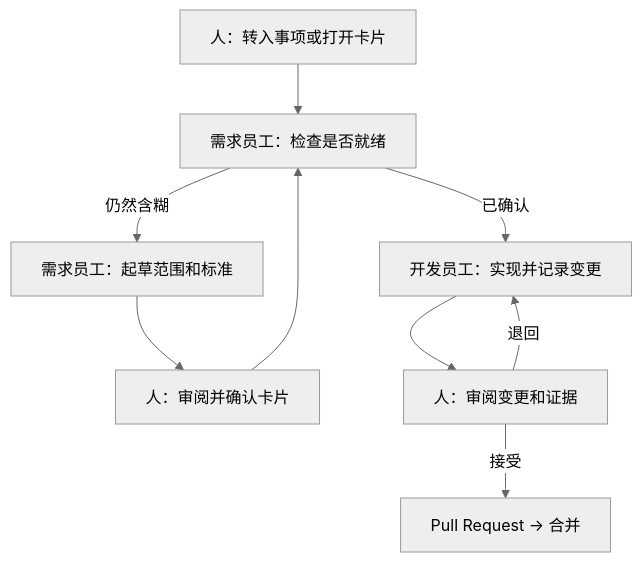
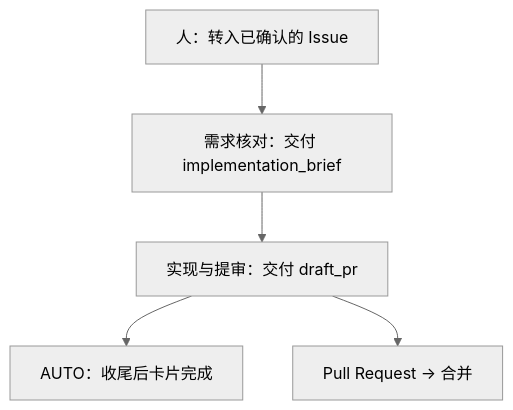
The diagram in src/content/docs/zh-cn/software-factory/card-to-pr.md (WeiJiLab/aiworkforce-docs), drawn with Mermaid (neutral theme) before and after one commit. The commit also changed other lines of this file and 15 other files, not shown here.

````diff
--- a/src/content/docs/zh-cn/software-factory/card-to-pr.md
+++ b/src/content/docs/zh-cn/software-factory/card-to-pr.md
@@ -17,13 +17,9 @@
 ```mermaid
 flowchart TD
-    ticket["人：转入事项或打开卡片"] --> ready["需求员工：检查是否就绪"]
-    ready -->|仍然含糊| spec["需求员工：起草范围和标准"]
-    spec --> approval["人：审阅并确认卡片"]
-    approval --> ready
-    ready -->|已确认| author["开发员工：实现并记录变更"]
-    author --> review["人：审阅变更和证据"]
-    review -->|退回| author
-    review -->|接受| next["Pull Request → 合并"]
-    class ticket,approval,review human
-    class ready,spec,author agent
+    ticket["人：转入已确认的 Issue"] --> brief["需求核对：交付 implementation_brief"]
+    brief --> author["实现与提审：交付 draft_pr"]
+    author --> done["AUTO：收尾后卡片完成"]
+    author --> next["Pull Request → 合并"]
+    class ticket human
+    class brief,author,done agent
 ```
````
